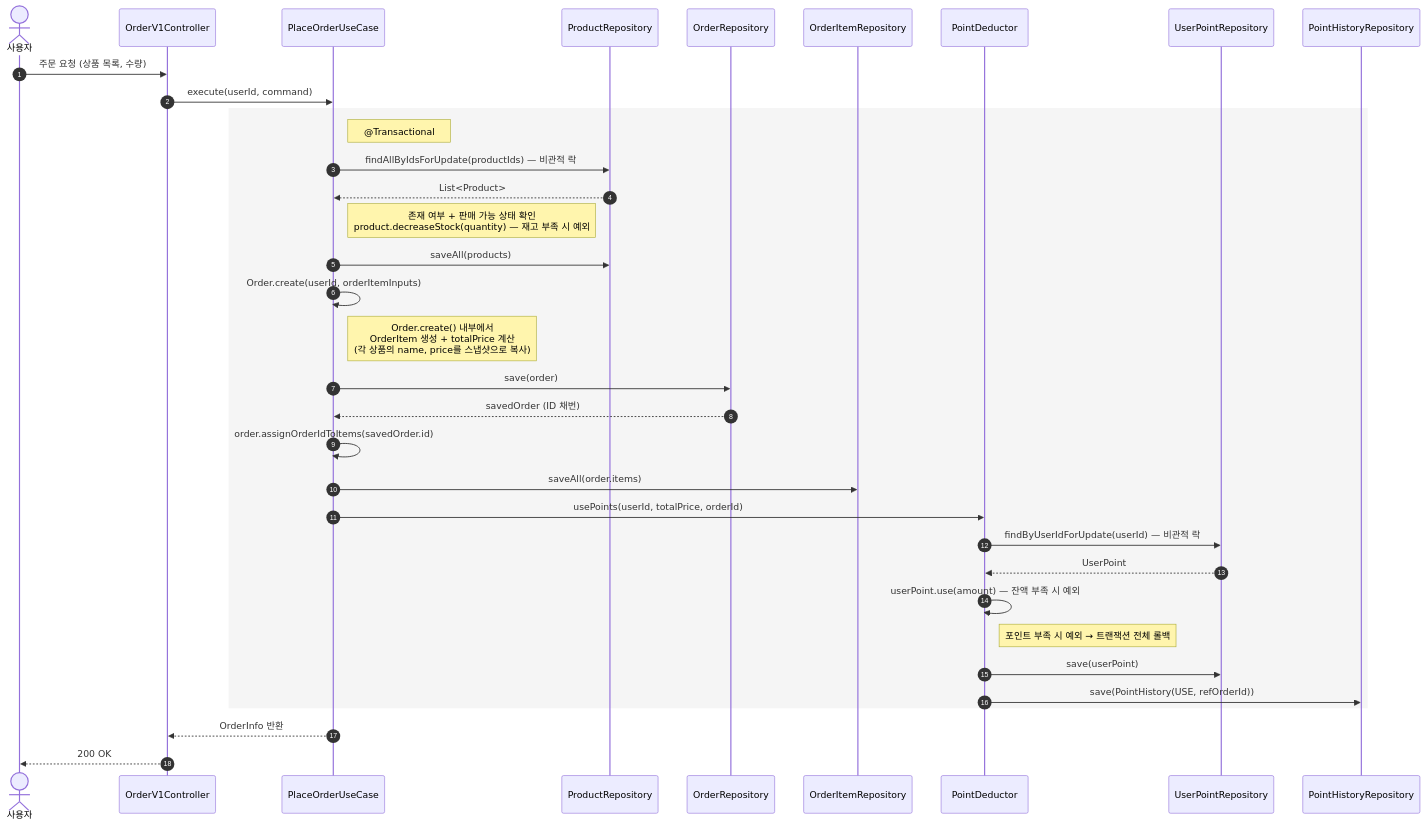
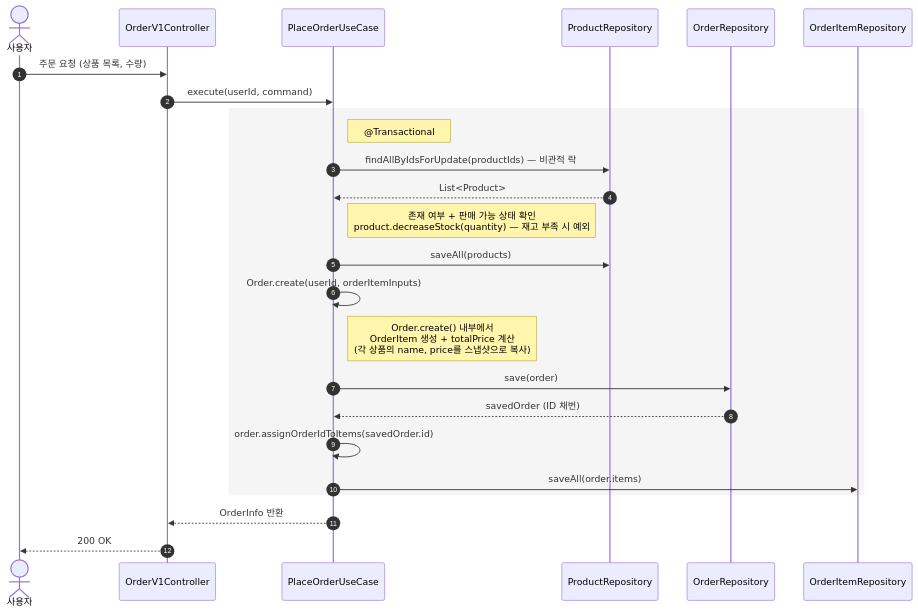
One commit to Loopers-dev-lab/loop-pack-be-l2-vol3-kotlin changed diagram 19 of 24 in docs/design/02-sequence-diagrams.md. Above: the diagram before and after it, drawn with Mermaid. The commit also changed other lines of this file and 9 other files, not shown here.

````diff
--- a/docs/design/02-sequence-diagrams.md
+++ b/docs/design/02-sequence-diagrams.md
@@ -560,42 +557,31 @@
 ```mermaid
 sequenceDiagram
     autonumber
     actor User as 사용자
     participant C as OrderV1Controller
     participant UC as PlaceOrderUseCase
     participant PR as ProductRepository
     participant OR as OrderRepository
     participant OIR as OrderItemRepository
-    participant PD as PointDeductor
-    participant UPR as UserPointRepository
-    participant PHR as PointHistoryRepository
     User ->> C: 주문 요청 (상품 목록, 수량)
     C ->> UC: execute(userId, command)
 
     rect rgb(245, 245, 245)
         Note right of UC: @Transactional
     %% 1단계: 상품 유효성 확인 + 재고 차감
         UC ->> PR: findAllByIdsForUpdate(productIds) — 비관적 락
         PR -->> UC: List<Product>
         Note right of UC: 존재 여부 + 판매 가능 상태 확인<br/>product.decreaseStock(quantity) — 재고 부족 시 예외
         UC ->> PR: saveAll(products)
     %% 2단계: 주문 생성
         UC ->> UC: Order.create(userId, orderItemInputs)
         Note right of UC: Order.create() 내부에서<br/>OrderItem 생성 + totalPrice 계산<br/>(각 상품의 name, price를 스냅샷으로 복사)
         UC ->> OR: save(order)
         OR -->> UC: savedOrder (ID 채번)
         UC ->> UC: order.assignOrderIdToItems(savedOrder.id)
         UC ->> OIR: saveAll(order.items)
-    %% 3단계: 포인트 차감
-        UC ->> PD: usePoints(userId, totalPrice, orderId)
-        PD ->> UPR: findByUserIdForUpdate(userId) — 비관적 락
-        UPR -->> PD: UserPoint
-        PD ->> PD: userPoint.use(amount) — 잔액 부족 시 예외
-        Note right of PD: 포인트 부족 시 예외 → 트랜잭션 전체 롤백
-        PD ->> UPR: save(userPoint)
-        PD ->> PHR: save(PointHistory(USE, refOrderId))
     end
 
     UC -->> C: OrderInfo 반환
     C -->> User: 200 OK
 ```
````
